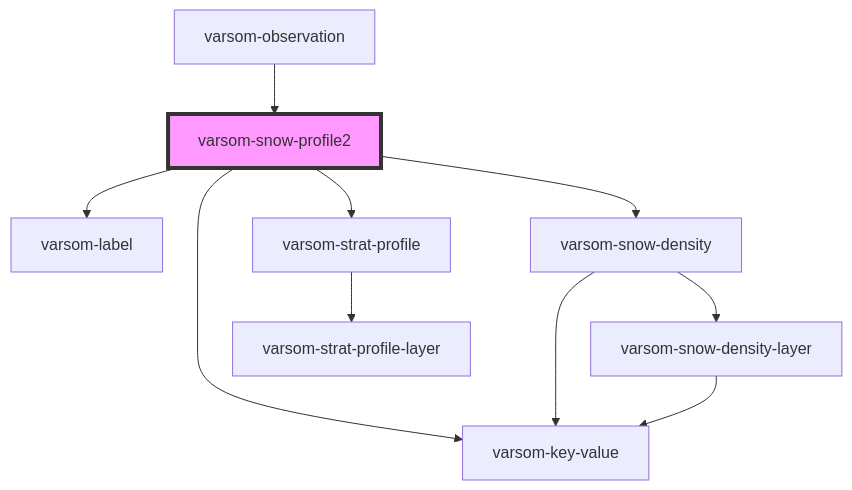
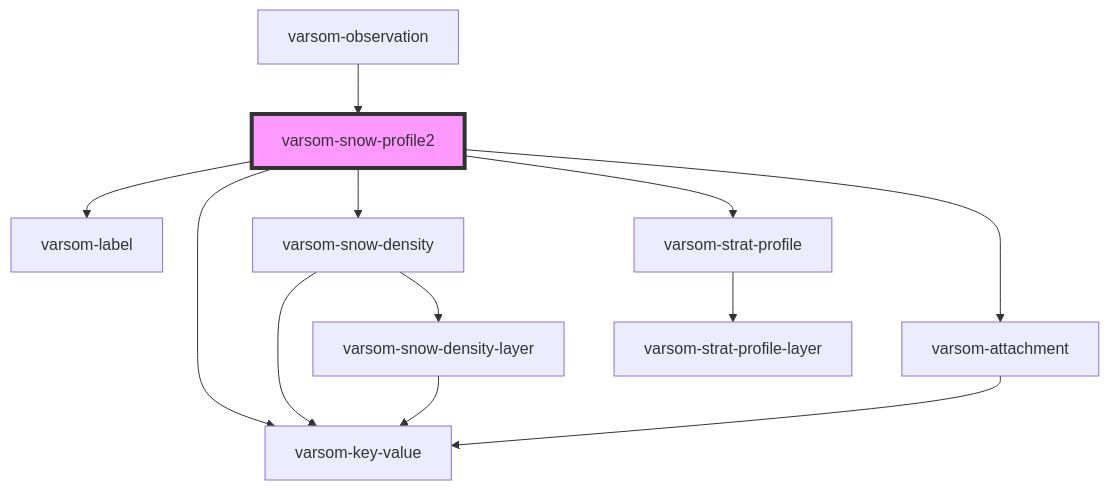
The diagram in observasjonskort/src/components/varsom-snow-profile2/readme.md (NVE/varsom-observation), drawn with Mermaid before and after one commit. The commit also changed other lines of this file and 34 other files, not shown here.

````diff
--- a/observasjonskort/src/components/varsom-snow-profile2/readme.md
+++ b/observasjonskort/src/components/varsom-snow-profile2/readme.md
@@ -39,13 +41,15 @@
 ```mermaid
 graph TD;
   varsom-snow-profile2 --> varsom-label
   varsom-snow-profile2 --> varsom-key-value
   varsom-snow-profile2 --> varsom-snow-density
   varsom-snow-profile2 --> varsom-strat-profile
+  varsom-snow-profile2 --> varsom-attachment
   varsom-snow-density --> varsom-key-value
   varsom-snow-density --> varsom-snow-density-layer
   varsom-snow-density-layer --> varsom-key-value
   varsom-strat-profile --> varsom-strat-profile-layer
+  varsom-attachment --> varsom-key-value
   varsom-observation --> varsom-snow-profile2
   style varsom-snow-profile2 fill:#f9f,stroke:#333,stroke-width:4px
 ```
````
